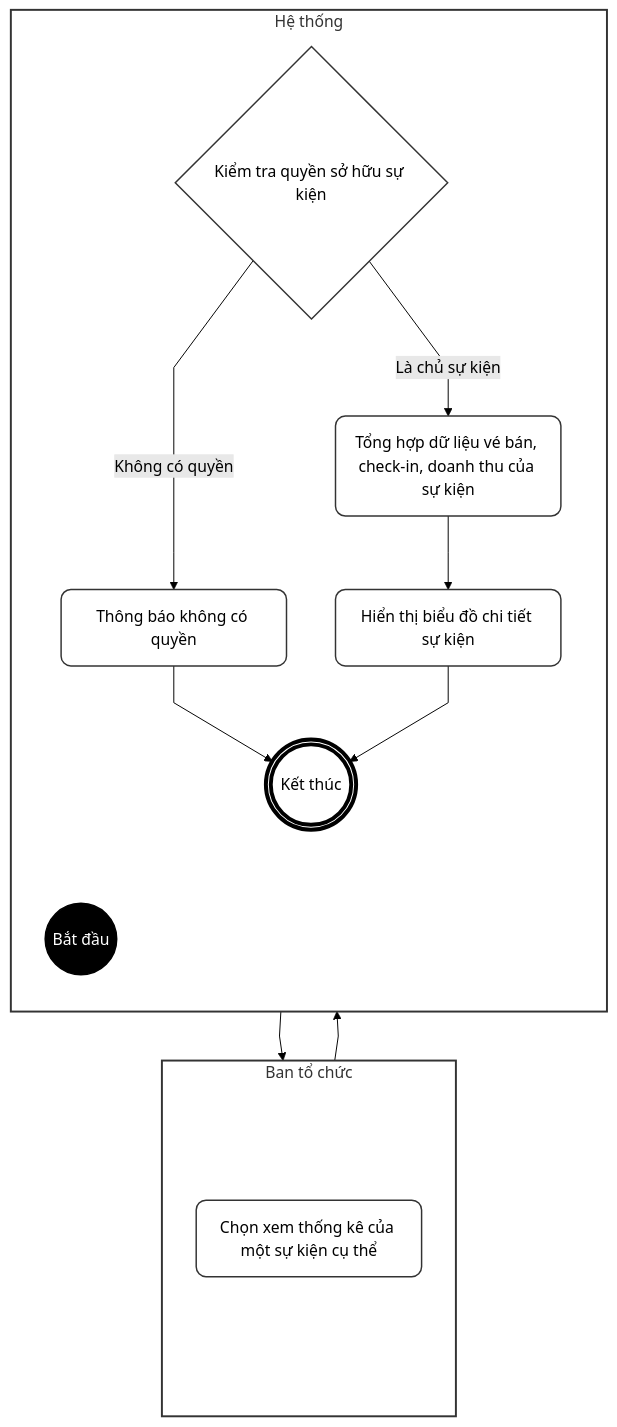
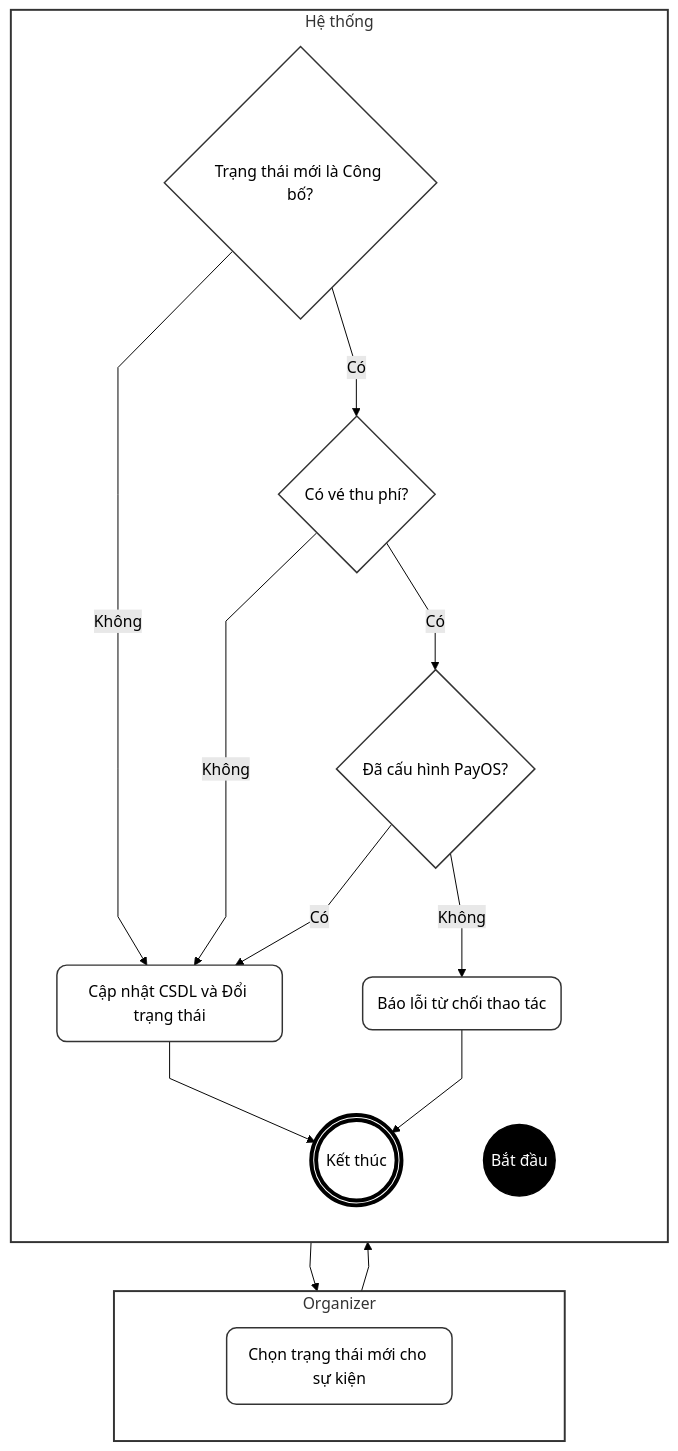
The fourth of 6 diagrams in doc/system_analysis/activity diagram/08b_activity_admin_event_staff.md (ChuDucAnh21/BE-quan-ly-su-kien), drawn with Mermaid (forest theme) before and after one commit. The commit also changed other lines of this file and 14 other files, not shown here.

````diff
--- a/doc/system_analysis/activity diagram/08b_activity_admin_event_staff.md
+++ b/doc/system_analysis/activity diagram/08b_activity_admin_event_staff.md
@@ -299,49 +149,44 @@
 ```mermaid
 %%{init: {"flowchart": {"curve": "linear"}}}%%
 flowchart TD
     classDef default fill:#fff,stroke:#333,stroke-width:1.5px,color:#000,rx:10px,ry:10px;
     classDef startNode fill:#000,stroke:#000,color:#fff;
     classDef endNode fill:#fff,stroke:#000,stroke-width:4px,color:#000;
     classDef hidden fill:none,stroke:none,color:none;
 
-    subgraph TacNhan [Ban tổ chức]
+    subgraph Organizer [Organizer]
         direction TB
         T_start(" "):::hidden
-        A(Chọn xem thống kê của một sự kiện cụ thể)
+        A(Chọn trạng thái mới cho sự kiện)
         T_end(" "):::hidden
     end
 
-    subgraph HeThong [Hệ thống]
+    subgraph System [Hệ thống]
         direction TB
         H_start(" "):::hidden
         Start((Bắt đầu)):::startNode
-        B{Kiểm tra quyền sở hữu sự kiện}
-        C(Thông báo không có quyền)
-        D(Tổng hợp dữ liệu vé bán, check-in, doanh thu của sự kiện)
-        E(Hiển thị biểu đồ chi tiết sự kiện)
+        B{Trạng thái mới là Công bố?}
+        C{Có vé thu phí?}
+        D{Đã cấu hình PayOS?}
+        E(Báo lỗi từ chối thao tác)
+        F(Cập nhật CSDL và Đổi trạng thái)
         End(((Kết thúc))):::endNode
         H_end(" "):::hidden
     end
 
     T_start ~~~ H_start
     T_end ~~~ H_end
-
-    T_start ~~~ A
-    A ~~~ T_end
-
-    H_start ~~~ Start
-    End ~~~ H_end
-
     Start --> A
     A --> B
-
-    B -- Không có quyền --> C
-    C --> End
-
-    B -- Là chủ sự kiện --> D
-    D --> E
+    B -- Có --> C
+    B -- Không --> F
+    C -- Có --> D
+    C -- Không --> F
+    D -- Không --> E
+    D -- Có --> F
+    F --> End
     E --> End
 
-    style TacNhan fill:#fff,stroke:#333,stroke-width:2px
-    style HeThong fill:#fff,stroke:#333,stroke-width:2px
+    style Organizer fill:#fff,stroke:#333,stroke-width:2px
+    style System fill:#fff,stroke:#333,stroke-width:2px
 ```
````
